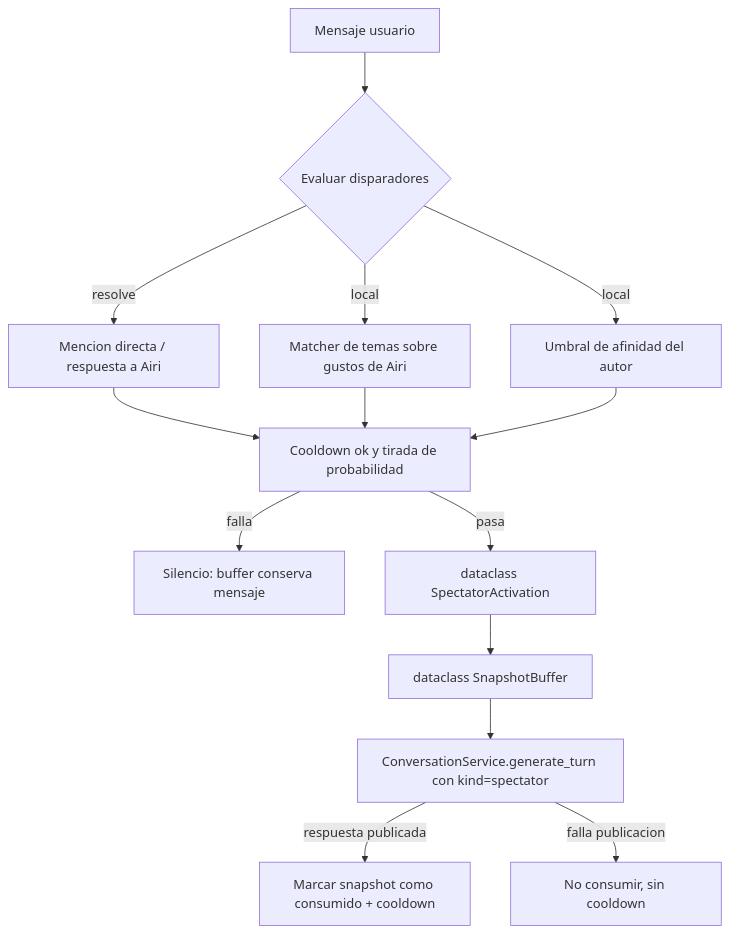
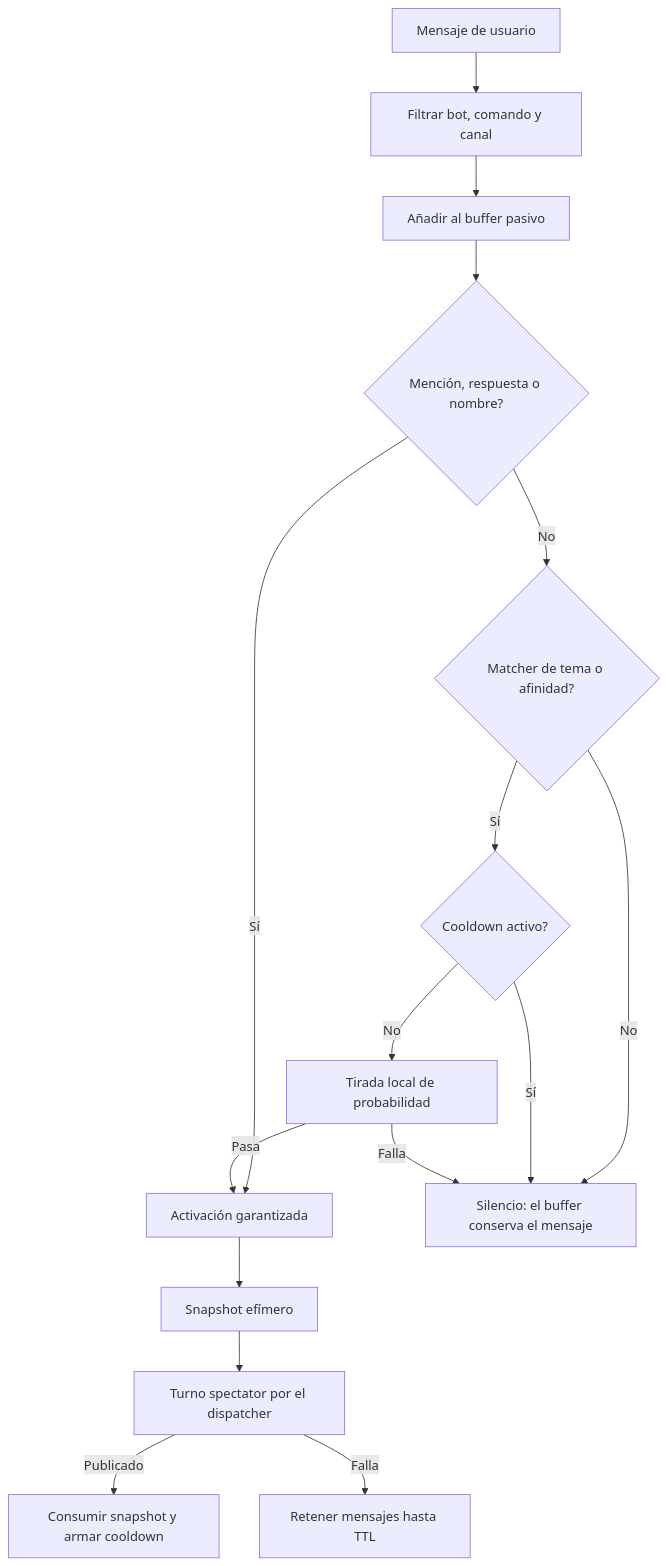
One commit to airi-moe-team/airi-moe-bot changed the first of 2 diagrams in .kiro/specs/airi-interaccion-natural/design.md. Above: the diagram before and after it, drawn with Mermaid. The commit also changed other lines of this file and 90 other files, not shown here.

````diff
--- a/.kiro/specs/airi-interaccion-natural/design.md
+++ b/.kiro/specs/airi-interaccion-natural/design.md
@@ -64,16 +93,18 @@
 ```mermaid
 graph TB
-  A[Mensaje usuario] --> B{Evaluar disparadores}
-  B -->|resolve| C[Mencion directa / respuesta a Airi]
-  B -->|local| D[Matcher de temas sobre gustos de Airi]
-  B -->|local| E[Umbral de afinidad del autor]
-  C --> F[Cooldown ok y tirada de probabilidad]
-  D --> F
-  E --> F
-  F -->|falla| G[Silencio: buffer conserva mensaje]
-  F -->|pasa| H[dataclass SpectatorActivation]
-  H --> I[dataclass SnapshotBuffer]
-  I --> J[ConversationService.generate_turn con kind=spectator]
-  J -->|respuesta publicada| K[Marcar snapshot como consumido + cooldown]
-  J -->|falla publicacion| L[No consumir, sin cooldown]
+  A[Mensaje de usuario] --> B[Filtrar bot, comando y canal]
+  B --> C[Añadir al buffer pasivo]
+  C --> D{Mención, respuesta o nombre?}
+  D -->|Sí| E[Activación garantizada]
+  D -->|No| F{Matcher de tema o afinidad?}
+  F -->|No| G[Silencio: el buffer conserva el mensaje]
+  F -->|Sí| H{Cooldown activo?}
+  H -->|Sí| G
+  H -->|No| I[Tirada local de probabilidad]
+  I -->|Falla| G
+  I -->|Pasa| E
+  E --> J[Snapshot efímero]
+  J --> K[Turno spectator por el dispatcher]
+  K -->|Publicado| L[Consumir snapshot y armar cooldown]
+  K -->|Falla| M[Retener mensajes hasta TTL]
 ```
````
